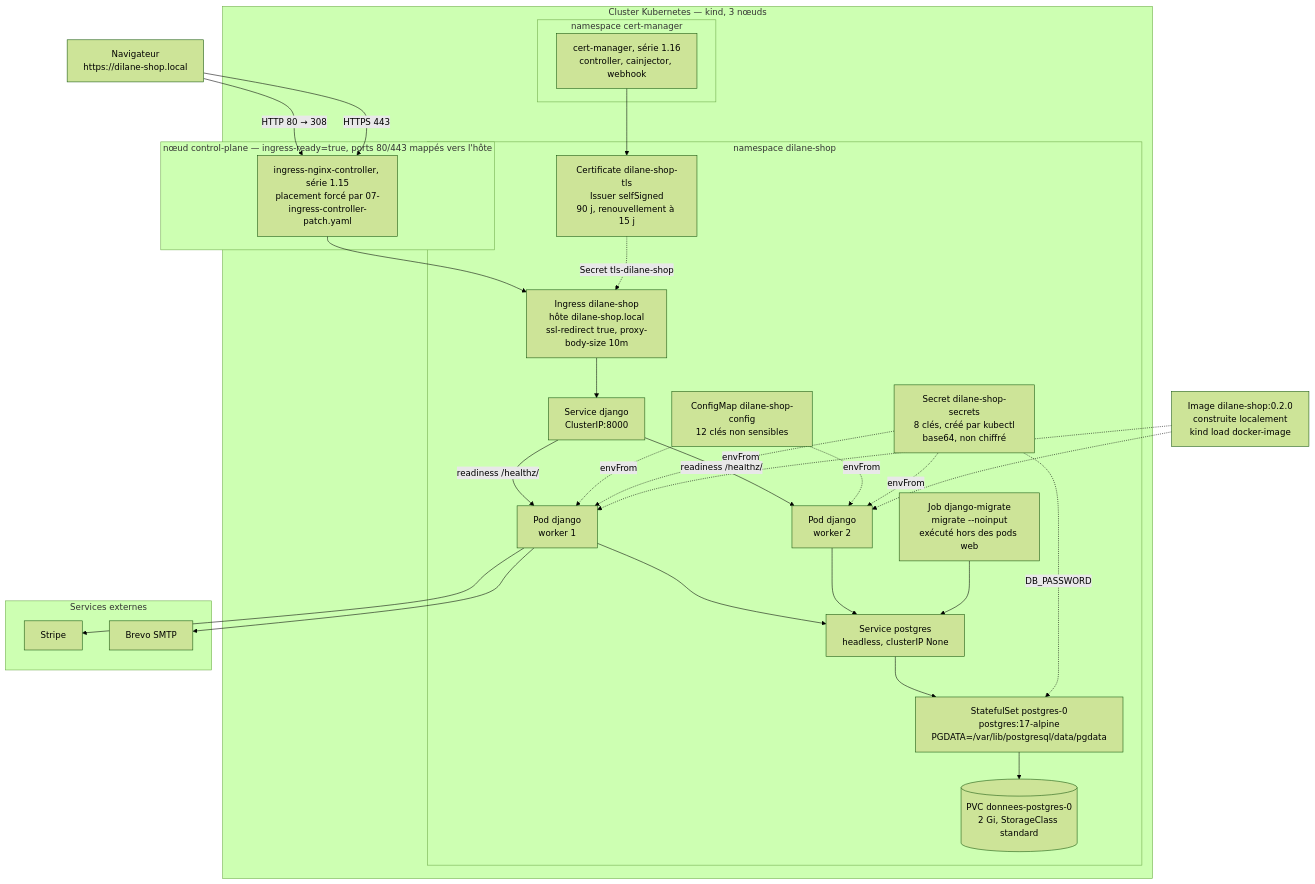
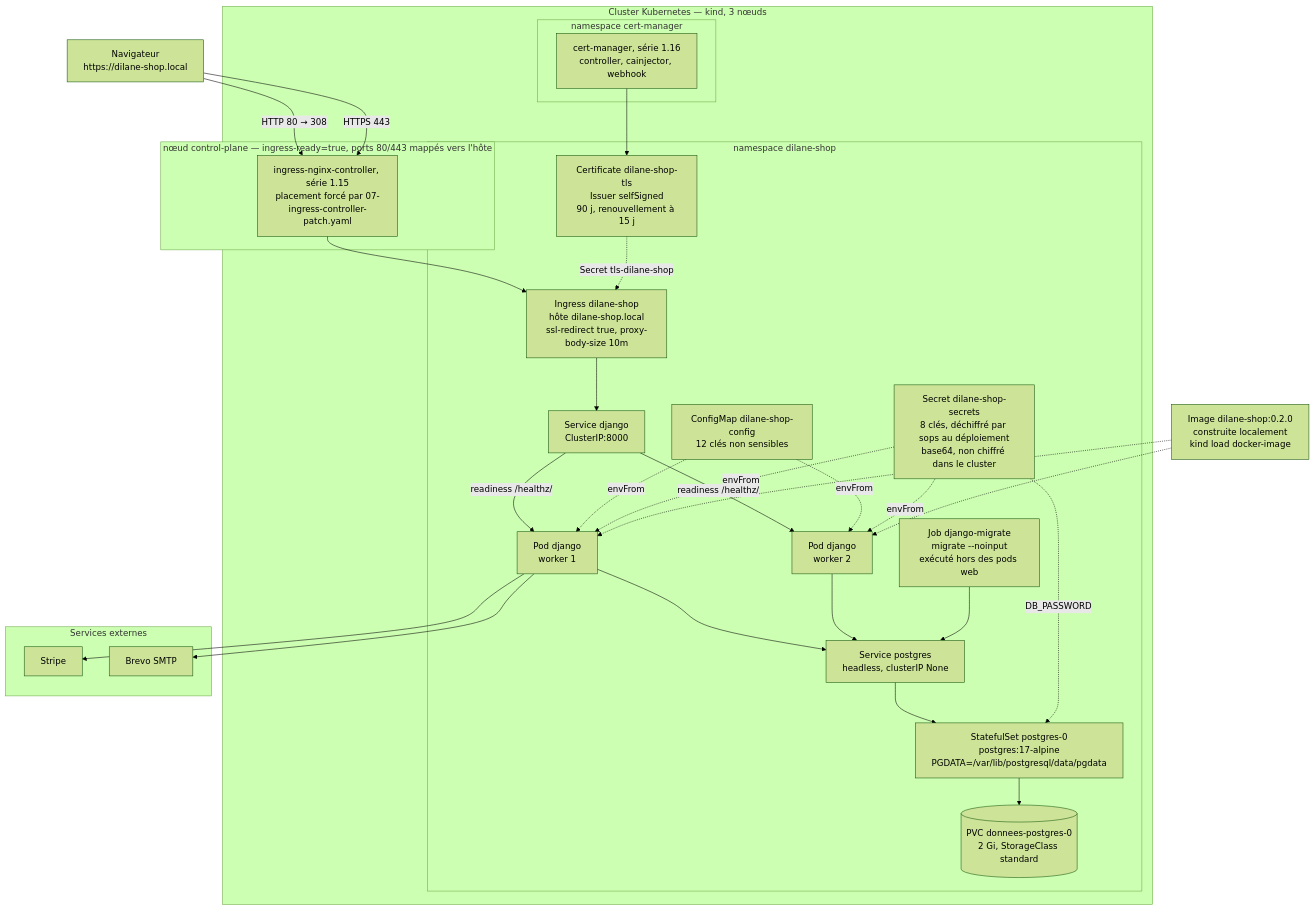
One commit to wankamdypuedilane/e-commerce changed the second of 4 diagrams in docs/ARCHITECTURE.md. Above: the diagram before and after it, drawn with Mermaid (forest theme). The commit also changed other lines of this file and 8 other files, not shown here.

````diff
--- a/docs/ARCHITECTURE.md
+++ b/docs/ARCHITECTURE.md
@@ -304,56 +309,56 @@
 ```mermaid
 graph TB
     CLIENT["Navigateur<br/>https://dilane-shop.local"]
 
     subgraph CLUSTER["Cluster Kubernetes — kind, 3 nœuds"]
         subgraph CP["nœud control-plane — ingress-ready=true, ports 80/443 mappés vers l'hôte"]
             ING["ingress-nginx-controller, série 1.15<br/>placement forcé par 07-ingress-controller-patch.yaml"]
         end
 
         subgraph NSCM["namespace cert-manager"]
             CM["cert-manager, série 1.16<br/>controller, cainjector, webhook"]
         end
 
         subgraph NS["namespace dilane-shop"]
             INGR["Ingress dilane-shop<br/>hôte dilane-shop.local<br/>ssl-redirect true, proxy-body-size 10m"]
             SVCD["Service django<br/>ClusterIP:8000"]
             POD1["Pod django<br/>worker 1"]
             POD2["Pod django<br/>worker 2"]
             JOB["Job django-migrate<br/>migrate --noinput<br/>exécuté hors des pods web"]
             SVCP["Service postgres<br/>headless, clusterIP None"]
             PG["StatefulSet postgres-0<br/>postgres:17-alpine<br/>PGDATA=/var/lib/postgresql/data/pgdata"]
             PVC[("PVC donnees-postgres-0<br/>2 Gi, StorageClass standard")]
             CFG["ConfigMap dilane-shop-config<br/>12 clés non sensibles"]
-            SEC["Secret dilane-shop-secrets<br/>8 clés, créé par kubectl<br/>base64, non chiffré"]
+            SEC["Secret dilane-shop-secrets<br/>8 clés, déchiffré par sops au déploiement<br/>base64, non chiffré dans le cluster"]
             TLS["Certificate dilane-shop-tls<br/>Issuer selfSigned<br/>90 j, renouvellement à 15 j"]
         end
     end
 
     subgraph EXT["Services externes"]
         STRIPE["Stripe"]
         BREVO["Brevo SMTP"]
     end
 
     IMG["Image dilane-shop:0.2.0<br/>construite localement<br/>kind load docker-image"]
 
     CLIENT -->|"HTTP 80 → 308"| ING
     CLIENT -->|HTTPS 443| ING
     ING --> INGR --> SVCD
     SVCD -->|readiness /healthz/| POD1
     SVCD -->|readiness /healthz/| POD2
     POD1 --> SVCP
     POD2 --> SVCP
     SVCP --> PG --> PVC
     JOB --> SVCP
     CFG -.->|envFrom| POD1
     SEC -.->|envFrom| POD1
     CFG -.->|envFrom| POD2
     SEC -.->|envFrom| POD2
     SEC -.->|DB_PASSWORD| PG
     CM --> TLS
     TLS -.->|Secret tls-dilane-shop| INGR
     IMG -.-> POD1
     IMG -.-> POD2
     POD1 --> STRIPE
     POD1 --> BREVO
 ```
````
